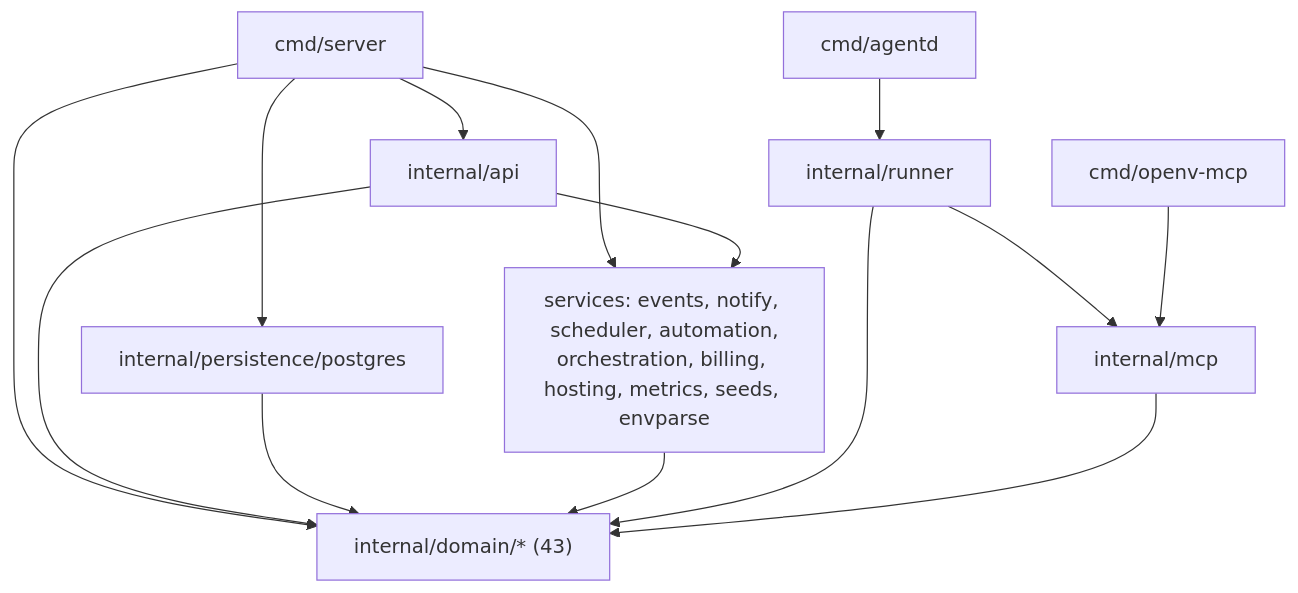
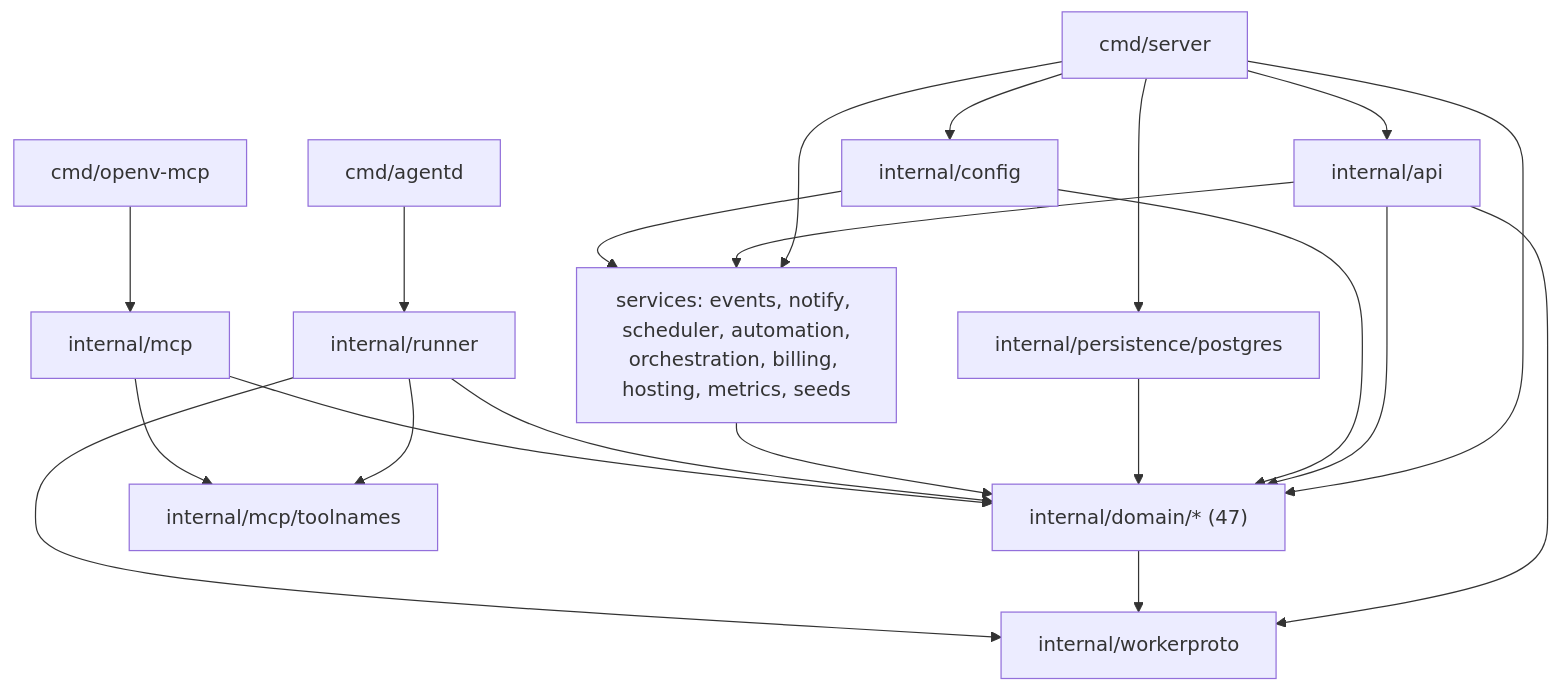
One commit to desktopmachineshop/OpenV changed the diagram in docs/architecture.md. Above: the diagram before and after it, drawn with Mermaid. The commit also changed other lines of this file and 3 other files, not shown here.

First line of the commit message:
docs(architecture): D2 rewrite docs/architecture.md for the code after Phase 3

````diff
--- a/docs/architecture.md
+++ b/docs/architecture.md
@@ -82,16 +105,23 @@
 ```mermaid
 flowchart TD
   server[cmd/server] --> api[internal/api]
+  server --> cfg[internal/config]
   server --> pg[internal/persistence/postgres]
-  server --> svc["services: events, notify, scheduler, automation,<br/>orchestration, billing, hosting, metrics, seeds, envparse"]
-  server --> dom["internal/domain/* (43)"]
+  server --> svc["services: events, notify, scheduler, automation,<br/>orchestration, billing, hosting, metrics, seeds"]
+  server --> dom["internal/domain/* (47)"]
   api --> dom
   api --> svc
+  api --> wp[internal/workerproto]
+  cfg --> svc
+  cfg --> dom
   pg --> dom
   svc --> dom
+  dom --> wp
   agentd[cmd/agentd] --> runner[internal/runner]
-  runner --> mcp[internal/mcp]
+  runner --> names[internal/mcp/toolnames]
+  runner --> wp
   runner --> dom
-  mcpbin[cmd/openv-mcp] --> mcp
+  mcpbin[cmd/openv-mcp] --> mcp[internal/mcp]
+  mcp --> names
   mcp --> dom
 ```
````
